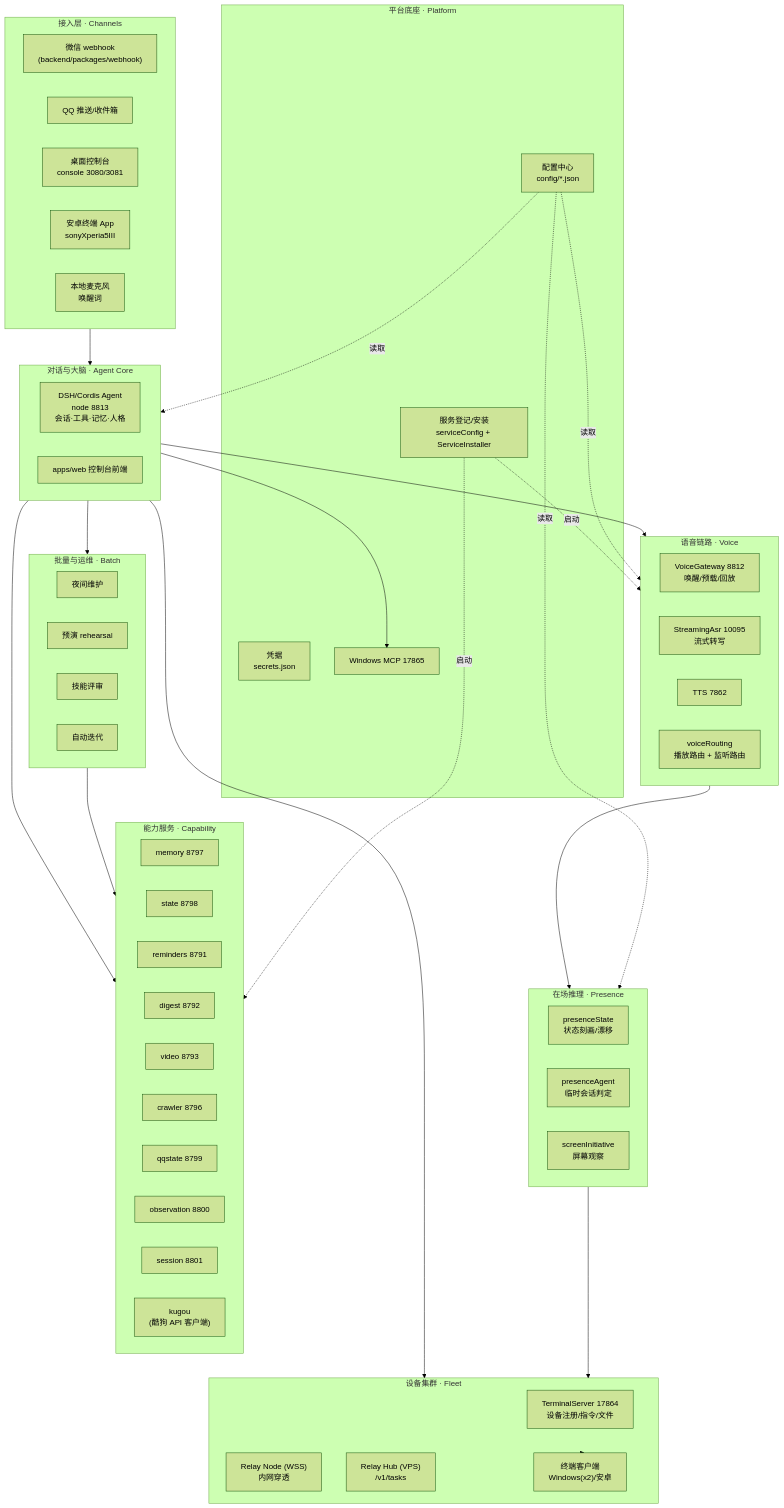
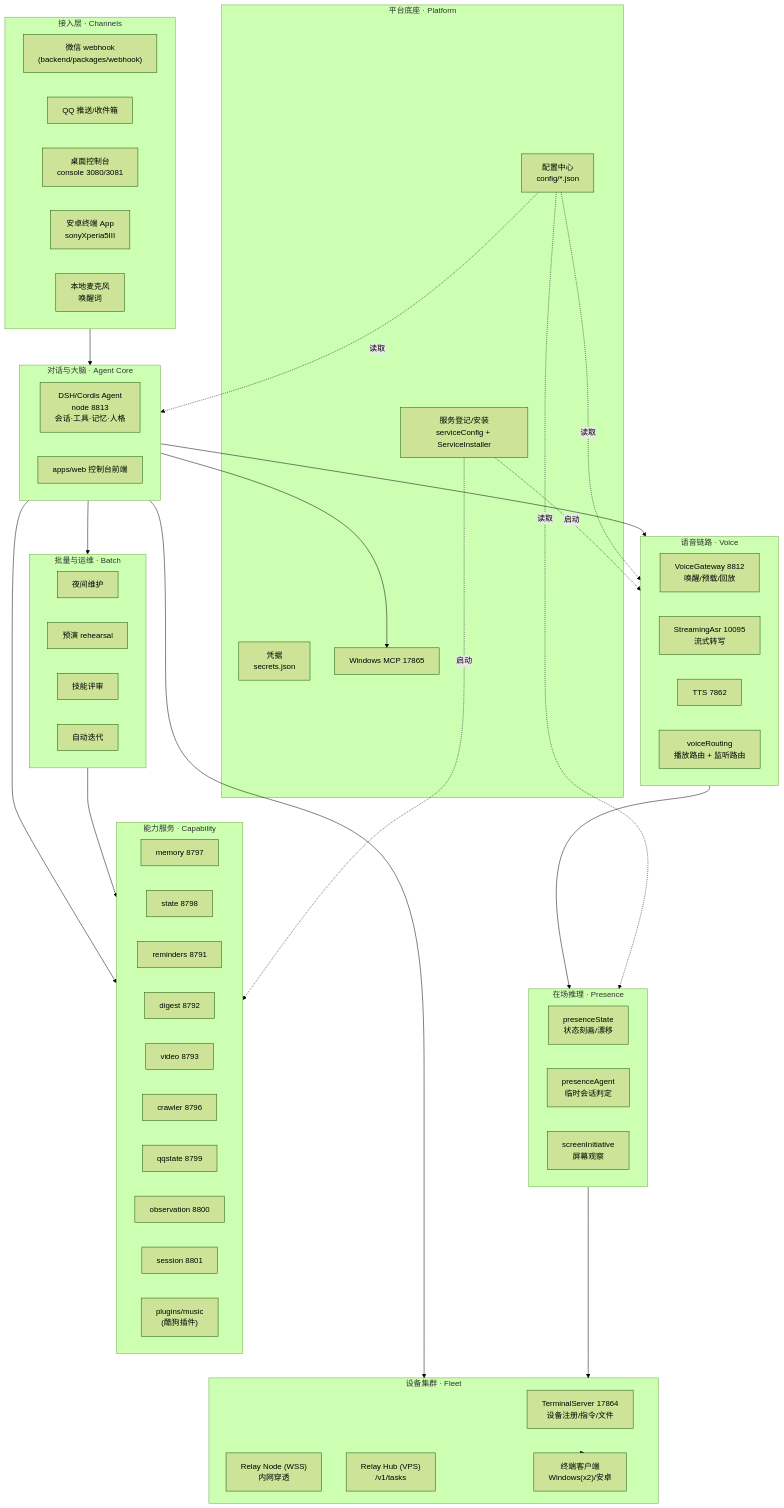
Before and after one commit to missmissrain/SynLove-Personal-Agent: the diagram in docs/架构总览.md, drawn with Mermaid (forest theme). The commit also changed other lines of this file and 530 other files, not shown here.

````diff
--- a/docs/架构总览.md
+++ b/docs/架构总览.md
@@ -26,78 +26,78 @@
 ```mermaid
 flowchart TB
   subgraph L1["接入层 · Channels"]
     WX["微信 webhook<br/>(backend/packages/webhook)"]
     QQ["QQ 推送/收件箱"]
     CON["桌面控制台<br/>console 3080/3081"]
     AND["安卓终端 App<br/>sonyXperia5III"]
     MIC["本地麦克风<br/>唤醒词"]
   end
 
   subgraph L2["对话与大脑 · Agent Core"]
     CORE["DSH/Cordis Agent<br/>node 8813<br/>会话·工具·记忆·人格"]
     WEB["apps/web 控制台前端"]
   end
 
   subgraph L3["语音链路 · Voice"]
     VG["VoiceGateway 8812<br/>唤醒/预载/回放"]
     ASRS["StreamingAsr 10095<br/>流式转写"]
     TTS["TTS 7862"]
     VROUTE["voiceRouting<br/>播放路由 + 监听路由"]
   end
 
   subgraph L4["在场推理 · Presence"]
     PS["presenceState<br/>状态刻画/漂移"]
     PA["presenceAgent<br/>临时会话判定"]
     SI["screenInitiative<br/>屏幕观察"]
   end
 
   subgraph L5["设备集群 · Fleet"]
     TS["TerminalServer 17864<br/>设备注册/指令/文件"]
     RN["Relay Node (WSS)<br/>内网穿透"]
     HUB["Relay Hub (VPS)<br/>/v1/tasks"]
     TC["终端客户端<br/>Windows(x2)/安卓"]
   end
 
   subgraph L6["能力服务 · Capability"]
     MEM["memory 8797"]
     ST["state 8798"]
     REM["reminders 8791"]
     DIG["digest 8792"]
     VID["video 8793"]
     CRW["crawler 8796"]
     QQS["qqstate 8799"]
     OBS["observation 8800"]
     SES["session 8801"]
-    KG["kugou<br/>(酷狗 API 客户端)"]
+    KG["plugins/music<br/>(酷狗插件)"]
   end
 
   subgraph L7["批量与运维 · Batch"]
     NIGHT["夜间维护"]
     REH["预演 rehearsal"]
     SKR["技能评审"]
     ITER["自动迭代"]
   end
 
   subgraph L8["平台底座 · Platform"]
     REG["服务登记/安装<br/>serviceConfig + ServiceInstaller"]
     CFG["配置中心<br/>config/*.json"]
     SEC["凭据<br/>secrets.json"]
     WMCP["Windows MCP 17865"]
   end
 
   L1 --> L2
   L2 --> L3
   L2 --> L6
   L2 --> L5
   L3 --> L4
   L4 --> L5
   L5 --> TC
   L2 --> L7
   L7 --> L6
   L2 --> WMCP
   REG -.启动.-> L3
   REG -.启动.-> L6
   CFG -.读取.-> L2
   CFG -.读取.-> L3
   CFG -.读取.-> L4
 ```
````
